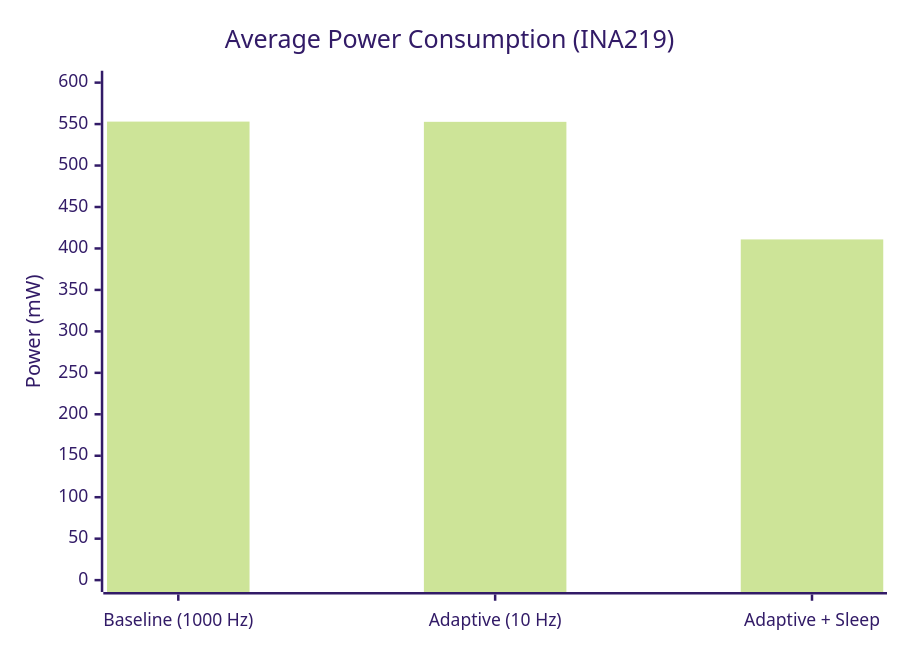
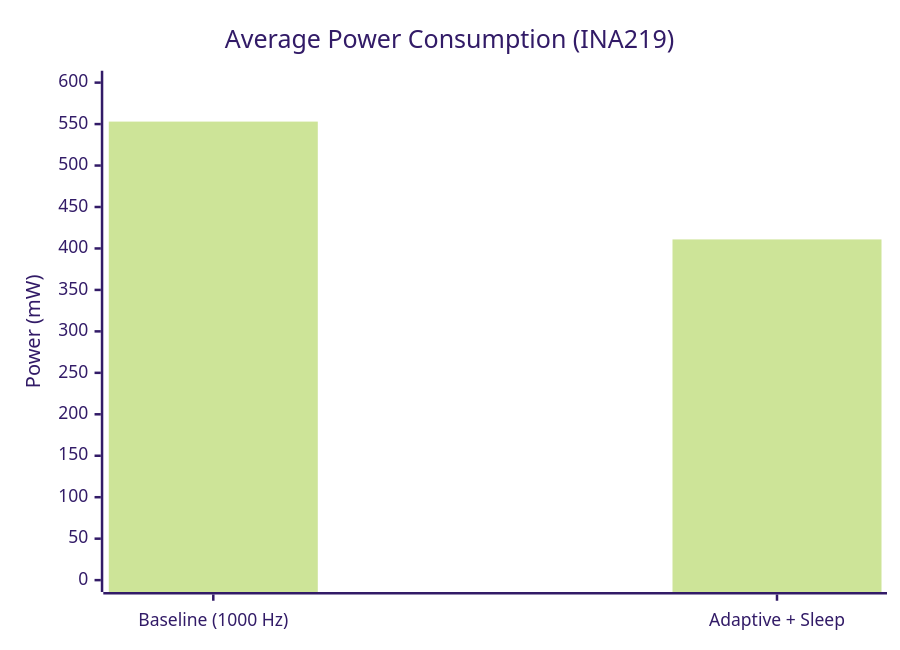
The second of 5 diagrams in README.md (darked0/IoT_assignment), drawn with Mermaid (forest theme) before and after one commit. The commit also changed other lines of this file, not shown here.

````diff
--- a/README.md
+++ b/README.md
@@ -127,7 +131,7 @@
 ```mermaid
 xychart-beta
     title "Average Power Consumption (INA219)"
-    x-axis ["Baseline (1000 Hz)", "Adaptive (10 Hz)", "Adaptive + Sleep"]
+    x-axis ["Baseline (1000 Hz)", "Adaptive + Sleep"]
     y-axis "Power (mW)" 0 --> 600
-    bar [553.0, 552.7, 410.9]
+    bar [553.0, 410.9]
 ```
````
